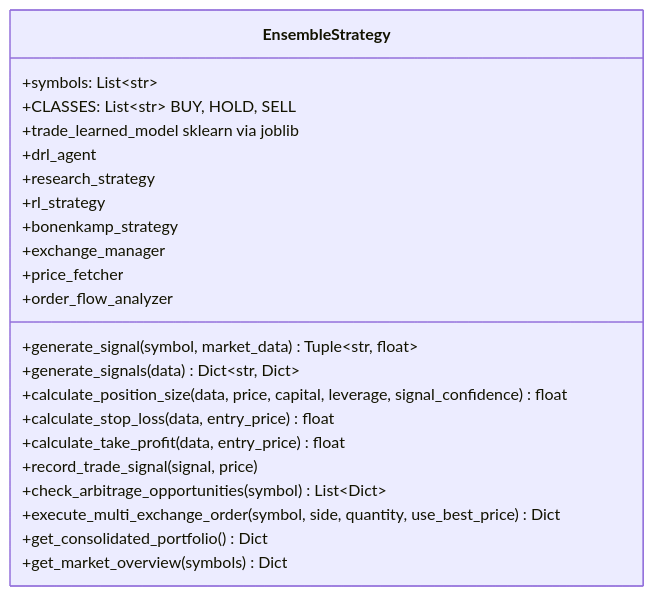
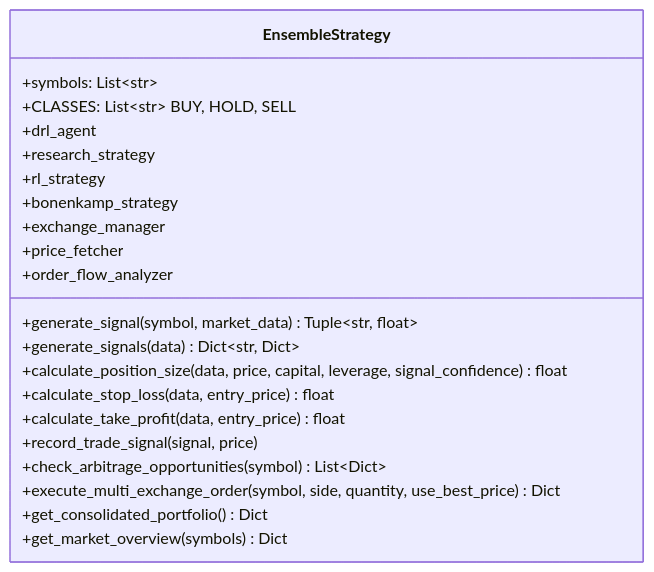
One commit to cluster2600/ELVIS changed the third of 9 diagrams in docs/trading_system.md. Above: the diagram before and after it, drawn with Mermaid. The commit also changed other lines of this file and 7 other files, not shown here.

Commit message:
refactor(models): retire invalid trade-learned path

````diff
--- a/docs/trading_system.md
+++ b/docs/trading_system.md
@@ -127,25 +127,24 @@
 ```mermaid
 classDiagram
     class EnsembleStrategy {
         +symbols: List~str~
         +CLASSES: List~str~  BUY, HOLD, SELL
-        +trade_learned_model  sklearn via joblib
         +drl_agent
         +research_strategy
         +rl_strategy
         +bonenkamp_strategy
         +exchange_manager
         +price_fetcher
         +order_flow_analyzer
         +generate_signal(symbol, market_data) Tuple~str, float~
         +generate_signals(data) Dict~str, Dict~
         +calculate_position_size(data, price, capital, leverage, signal_confidence) float
         +calculate_stop_loss(data, entry_price) float
         +calculate_take_profit(data, entry_price) float
         +record_trade_signal(signal, price)
         +check_arbitrage_opportunities(symbol) List~Dict~
         +execute_multi_exchange_order(symbol, side, quantity, use_best_price) Dict
         +get_consolidated_portfolio() Dict
         +get_market_overview(symbols) Dict
     }
 ```
````
